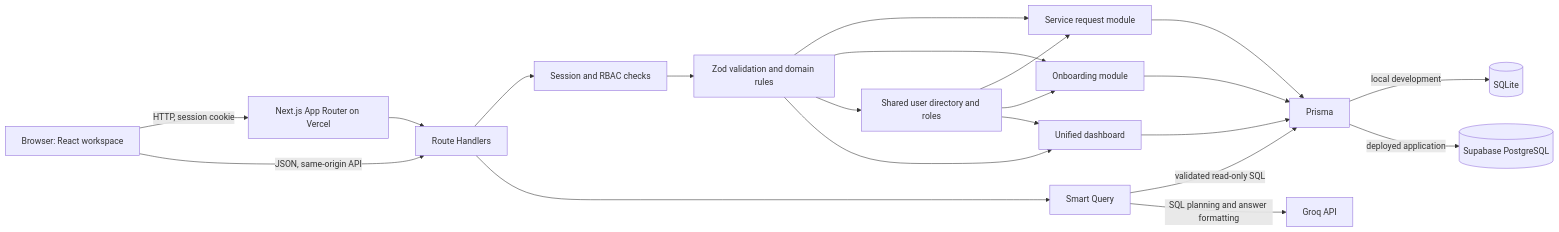
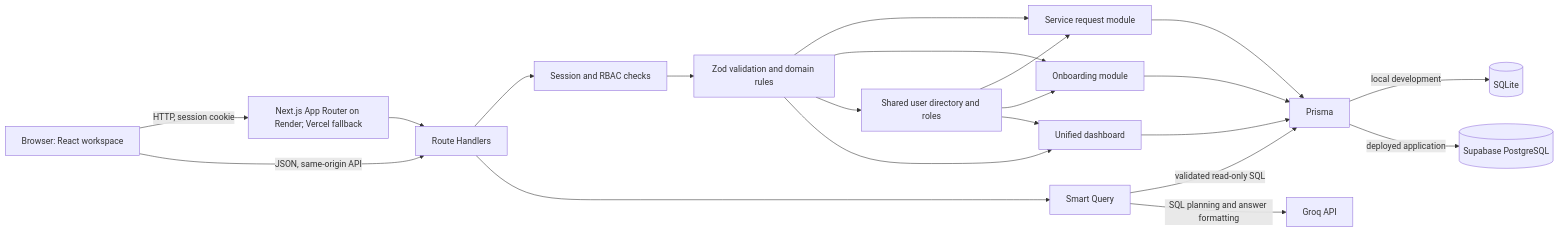
One commit to Md-Emon-Hasan/hris-systems-developer-assessment changed the diagram in ARCHITECTURE.md. Above: the diagram before and after it, drawn with Mermaid. The commit also changed other lines of this file and 1 other file, not shown here.

Commit message:
docs: document Render primary hosting and Vercel fallback

````diff
--- a/ARCHITECTURE.md
+++ b/ARCHITECTURE.md
@@ -22,23 +22,23 @@
 ```mermaid
 flowchart LR
-  U[Browser: React workspace] -->|HTTP, session cookie| N[Next.js App Router on Vercel]
+  U[Browser: React workspace] -->|HTTP, session cookie| N[Next.js App Router on Render; Vercel fallback]
   U -->|JSON, same-origin API| A[Route Handlers]
   N --> A
   A --> S[Session and RBAC checks]
   S --> V[Zod validation and domain rules]
   V --> R[Service request module]
   V --> O[Onboarding module]
   V --> ID[Shared user directory and roles]
   V --> D[Unified dashboard]
   ID --> R
   ID --> O
   ID --> D
   R --> P[Prisma]
   O --> P
   D --> P
   P -->|local development| DB[(SQLite)]
   P -->|deployed application| PG[(Supabase PostgreSQL)]
   A --> Q[Smart Query]
   Q -->|validated read-only SQL| P
   Q -->|SQL planning and answer formatting| G[Groq API]
 ```
````
